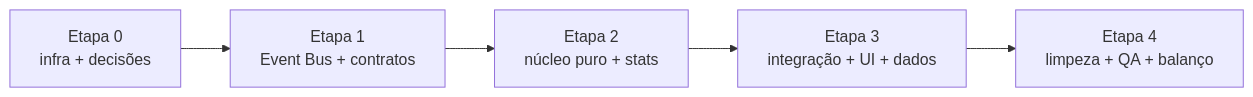
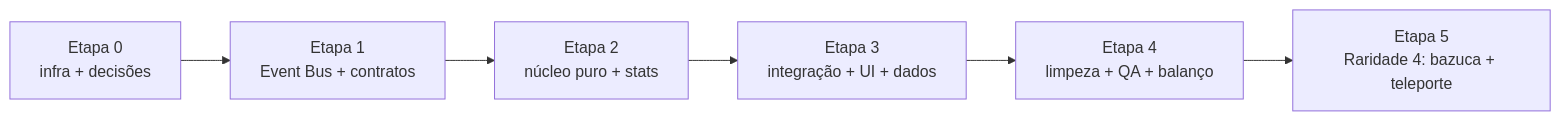
Before and after one commit to JvCodes76/Projetos-Grupo-5: the second of 2 diagrams in PLANO_REFACTOR_ROGUELIKE.md, drawn with Mermaid. The commit also changed other lines of this file and 122 other files, not shown here.

````diff
--- a/PLANO_REFACTOR_ROGUELIKE.md
+++ b/PLANO_REFACTOR_ROGUELIKE.md
@@ -347,7 +402,8 @@
 ```mermaid
 flowchart LR
     E0[Etapa 0<br/>infra + decisões] --> E1[Etapa 1<br/>Event Bus + contratos]
     E1 --> E2[Etapa 2<br/>núcleo puro + stats]
     E2 --> E3[Etapa 3<br/>integração + UI + dados]
     E3 --> E4[Etapa 4<br/>limpeza + QA + balanço]
+    E4 --> E5[Etapa 5<br/>Raridade 4: bazuca + teleporte]
 ```
````
